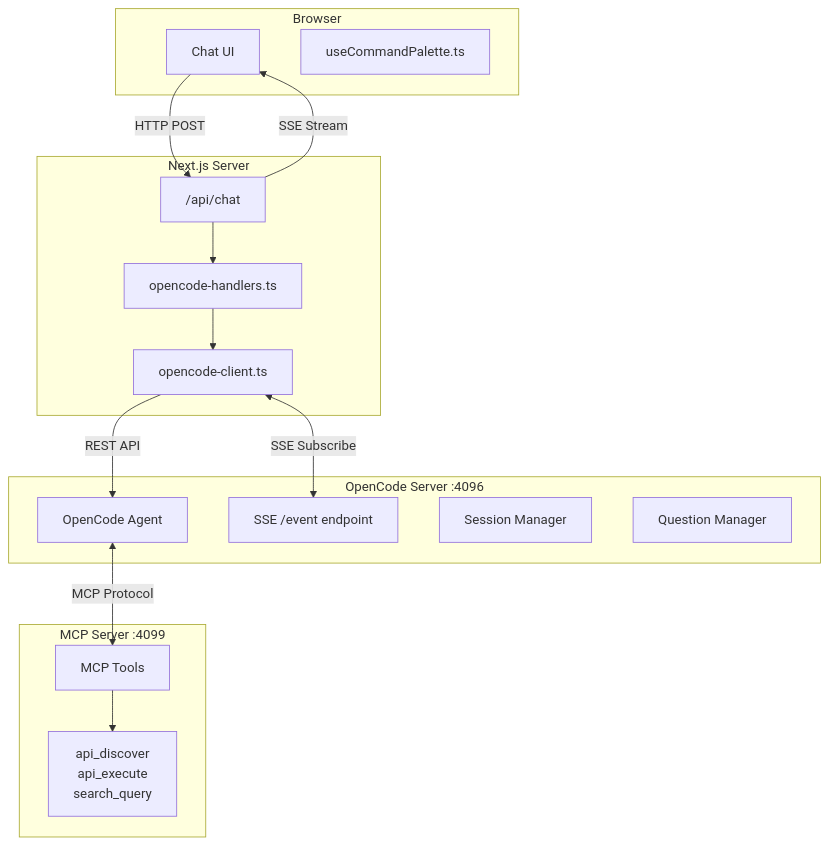
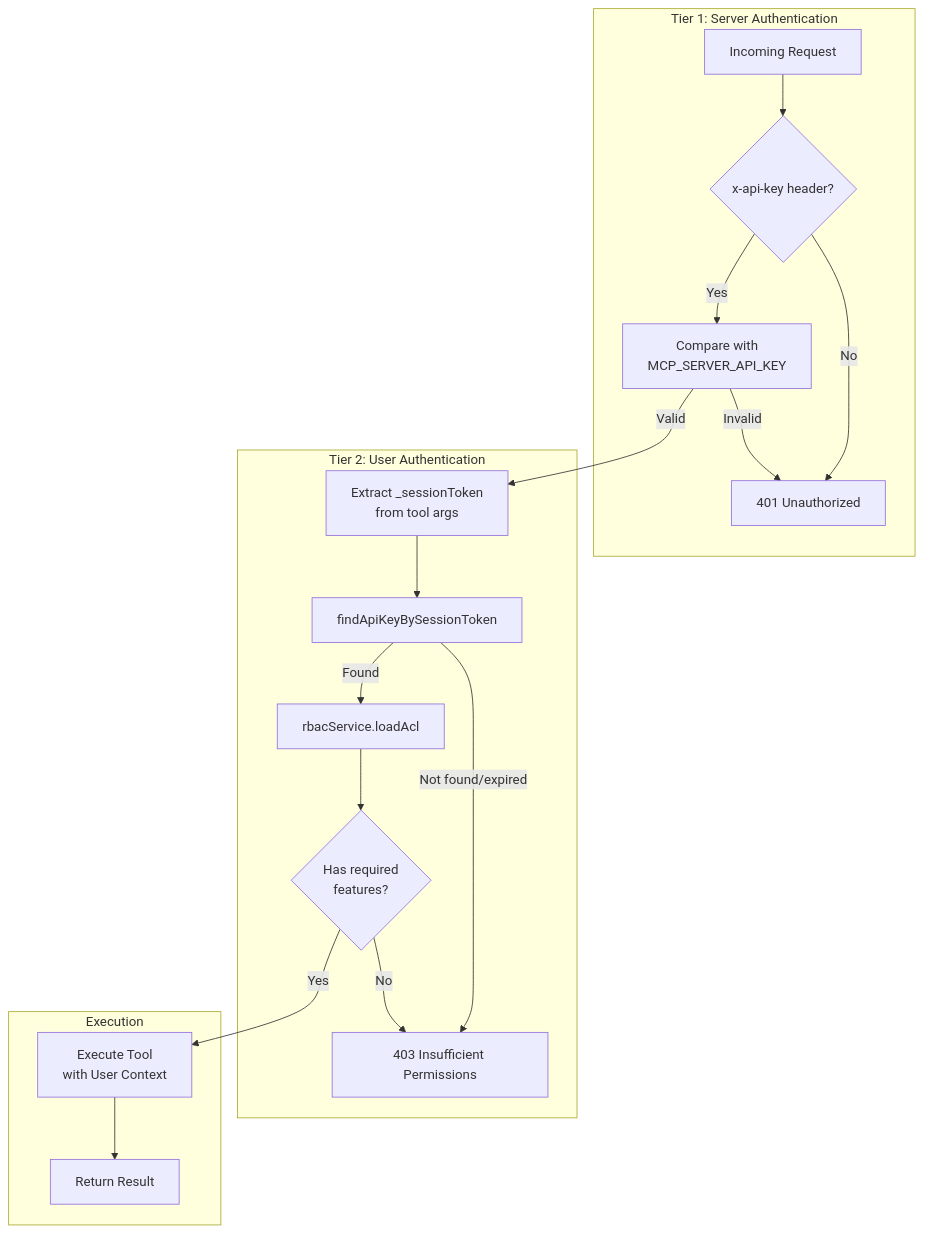
One commit to open-mercato/open-mercato changed the third of 7 diagrams in packages/ai-assistant/README.md. Above: the diagram before and after it, drawn with Mermaid. The commit also changed other lines of this file, not shown here.

Commit message:
docs(ai-assistant): update README with current architecture and diagrams

````diff
--- a/packages/ai-assistant/README.md
+++ b/packages/ai-assistant/README.md
@@ -507,34 +93,35 @@
 ```mermaid
 graph TB
-    subgraph "Browser"
-        UI[Chat UI]
-        Hook[useCommandPalette.ts]
+    subgraph "Tier 1: Server Authentication"
+        Request[Incoming Request]
+        CheckKey{x-api-key header?}
+        ValidateKey[Compare with<br/>MCP_SERVER_API_KEY]
+        RejectServer[401 Unauthorized]
     end
 
-    subgraph "Next.js Server"
-        Route["/api/chat"]
-        Handlers[opencode-handlers.ts]
-        Client[opencode-client.ts]
+    subgraph "Tier 2: User Authentication"
+        ExtractToken[Extract _sessionToken<br/>from tool args]
+        LookupToken[findApiKeyBySessionToken]
+        LoadACL[rbacService.loadAcl]
+        CheckPerms{Has required<br/>features?}
+        RejectUser[403 Insufficient Permissions]
     end
 
-    subgraph "OpenCode Server :4096"
-        OC[OpenCode Agent]
-        SSE[SSE /event endpoint]
-        Sessions[Session Manager]
-        Questions[Question Manager]
+    subgraph "Execution"
+        Execute[Execute Tool<br/>with User Context]
+        Result[Return Result]
     end
 
-    subgraph "MCP Server :4099"
-        MCP[MCP Tools]
-        Tools[api_discover<br/>api_execute<br/>search_query]
-    end
-
-    UI -->|"HTTP POST"| Route
-    Route -->|"SSE Stream"| UI
-    Route --> Handlers
-    Handlers --> Client
-    Client -->|"REST API"| OC
-    Client <-->|"SSE Subscribe"| SSE
-    OC <-->|"MCP Protocol"| MCP
-    MCP --> Tools
+    Request --> CheckKey
+    CheckKey -->|No| RejectServer
+    CheckKey -->|Yes| ValidateKey
+    ValidateKey -->|Invalid| RejectServer
+    ValidateKey -->|Valid| ExtractToken
+    ExtractToken --> LookupToken
+    LookupToken -->|Not found/expired| RejectUser
+    LookupToken -->|Found| LoadACL
+    LoadACL --> CheckPerms
+    CheckPerms -->|No| RejectUser
+    CheckPerms -->|Yes| Execute
+    Execute --> Result
 ```
````
